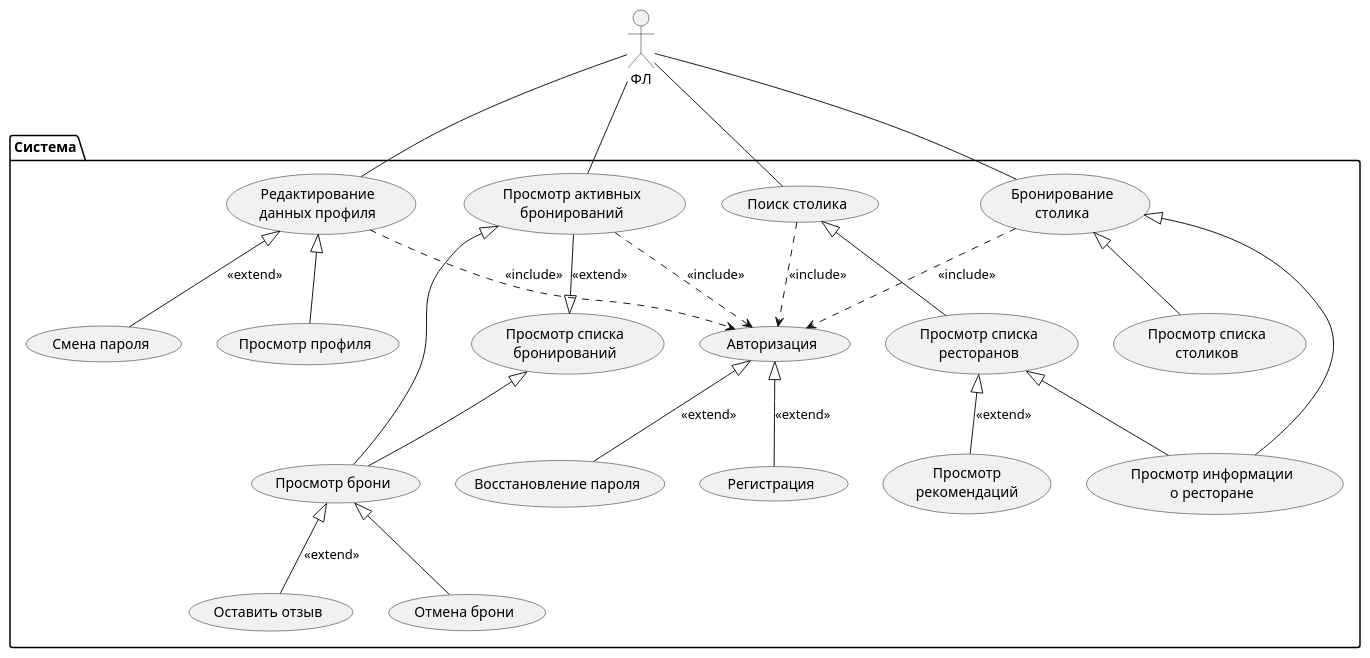
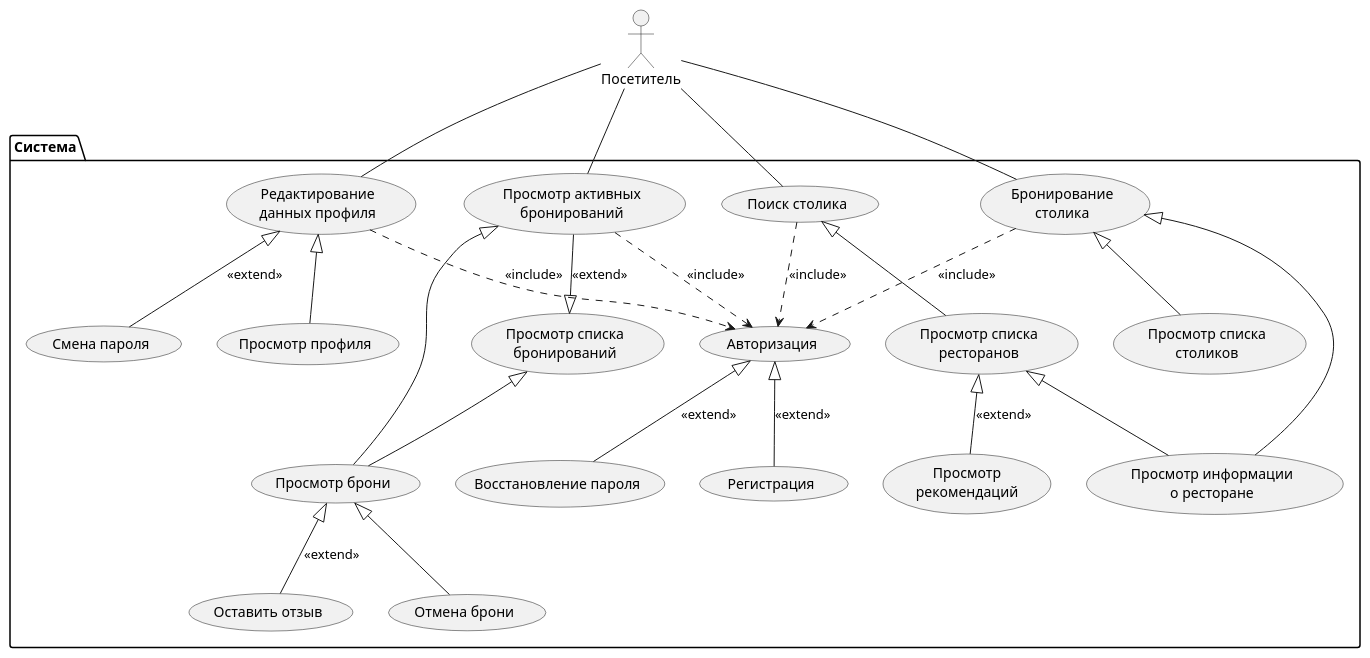
One commit to indeec05/course__final changed the diagram in src/uc-user-profile.wsd. Above: the diagram before and after it, drawn with PlantUML. The commit also changed 3 other files, not shown here.

```diff
--- a/src/uc-user-profile.wsd
+++ b/src/uc-user-profile.wsd
@@ -1,49 +1,49 @@
 @startuml
-actor "ФЛ" as fl
+actor "Посетитель" as fl
 package "Система" {
     usecase "Просмотр списка\nресторанов" as UC1
     usecase "Просмотр информации\nо ресторане" as UC2
     usecase "Просмотр списка\nстоликов" as UC3
     usecase "Бронирование\nстолика" as UC4
     usecase "Оставить отзыв" as UC5
     usecase "Просмотр\nрекомендаций" as UC6
     usecase "Смена пароля" as UC7
     usecase "Авторизация" as UC8
     usecase "Регистрация" as UC9
 
     usecase "Восстановление пароля" as UC10
     usecase "Просмотр профиля" as UC11
     usecase "Поиск столика" as UC12
     usecase "Просмотр списка\nбронирований" as UC13
     usecase "Просмотр активных\nбронирований" as UC14
     usecase "Просмотр брони" as UC15
     usecase "Отмена брони" as UC16
     usecase "Редактирование\nданных профиля" as UC17
 }
 
 fl -- UC4
 fl -- UC12
 fl -- UC14
 fl -- UC17
 
 ' Авторизация
 UC8 <.up. UC12 : <<include>>
 UC8 <.up. UC14 : <<include>>
 UC8 <.up. UC17 : <<include>>
 UC8 <.up. UC4 : <<include>>
 
 UC9 -up-|> UC8 : <<extend>>
 UC6 -up-|> UC1 : <<extend>>
 UC2 -up-|> UC1
 UC3 -up-|> UC4
 UC2 -up-|> UC4
 UC7 -up-|> UC17 : <<extend>>
 UC1 -up-|> UC12
 UC10 -up-|> UC8 : <<extend>>
 UC14 --|> UC13 : <<extend>>
 UC15 -up-|> UC13
 UC15 -up-|> UC14
 UC5 -up-|> UC15 : <<extend>>
 UC16 -up-|> UC15
 UC11 -up-|> UC17
 @enduml
```
